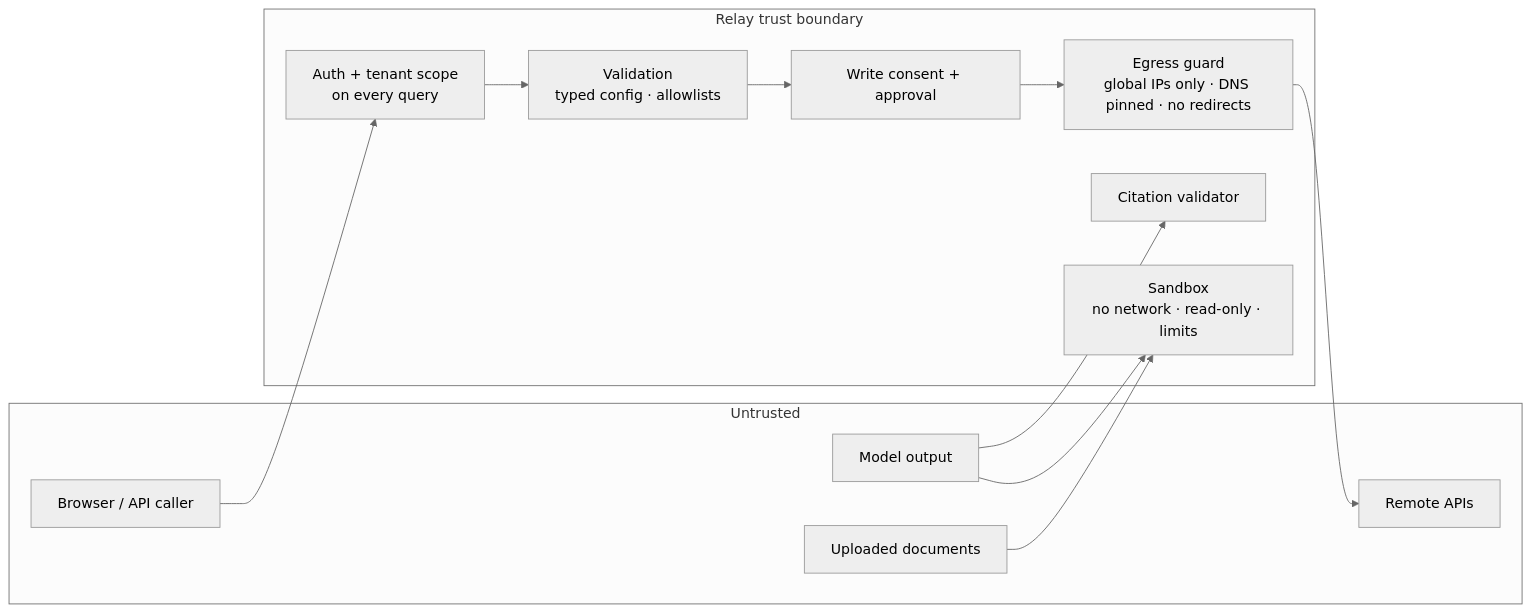
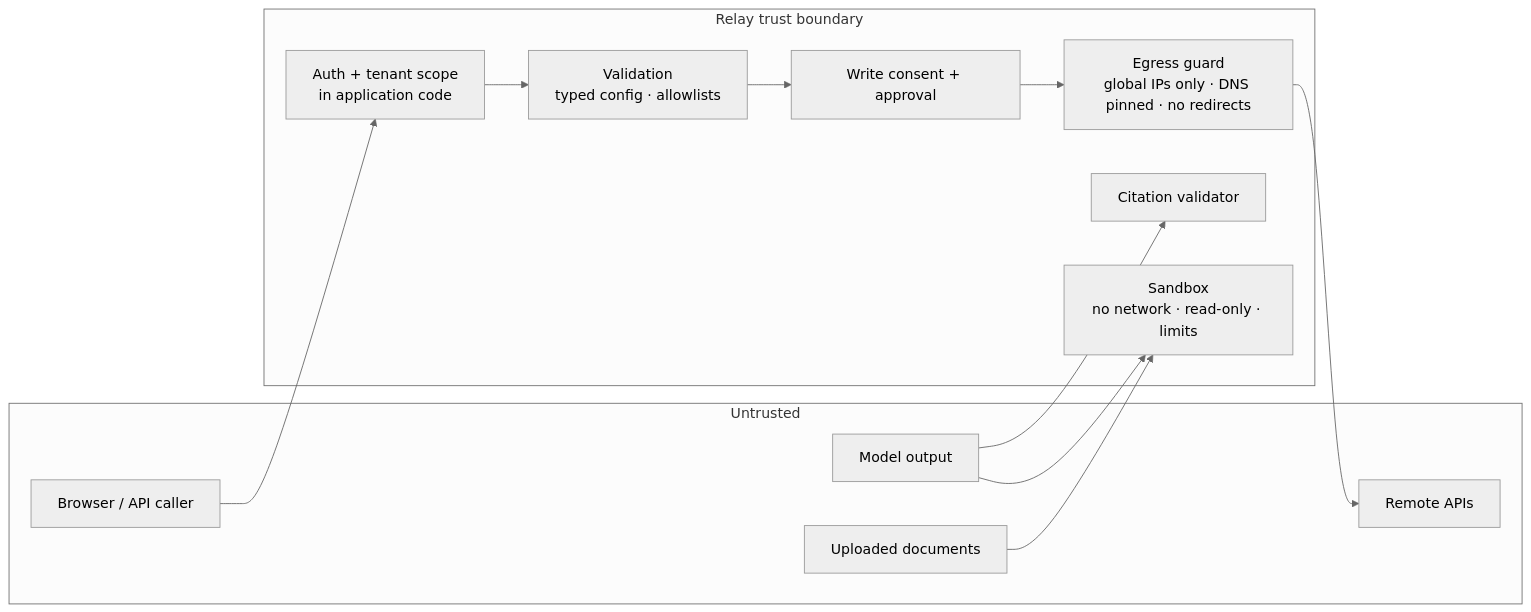
Before and after one commit to SoumithReddy6/Enterprise-No-Code-Agentic-AI-Workflow-Platform: the third of 3 diagrams in README.md, drawn with Mermaid (neutral theme). The commit also changed other lines of this file and 21 other files, not shown here.

````diff
--- a/README.md
+++ b/README.md
@@ -365,22 +152,22 @@
 ```mermaid
 flowchart LR
     subgraph T0["Untrusted"]
         BROWSER["Browser / API caller"]
         WEB["Remote APIs"]
         LLM["Model output"]
         DOCS["Uploaded documents"]
     end
     subgraph T1["Relay trust boundary"]
-        GATE["Auth + tenant scope<br/>on every query"]
+        GATE["Auth + tenant scope<br/>in application code"]
         VAL["Validation<br/>typed config · allowlists"]
         EGRESS["Egress guard<br/>global IPs only · DNS pinned · no redirects"]
         SBX["Sandbox<br/>no network · read-only · limits"]
         CITE["Citation validator"]
         HUMAN["Write consent + approval"]
     end
     BROWSER --> GATE --> VAL
     VAL --> HUMAN --> EGRESS --> WEB
     LLM --> CITE
     LLM --> SBX
     DOCS --> SBX
 ```
````
